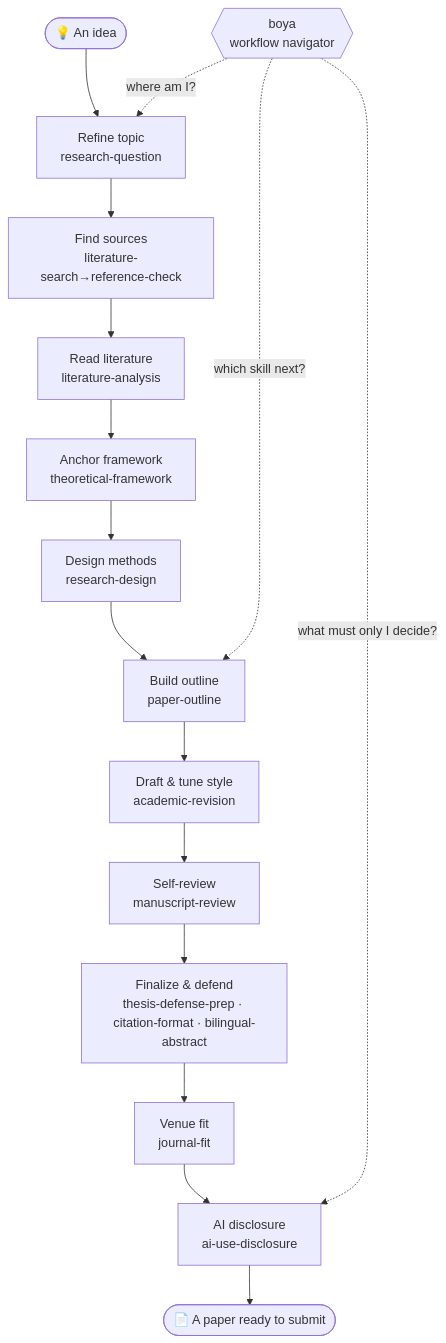
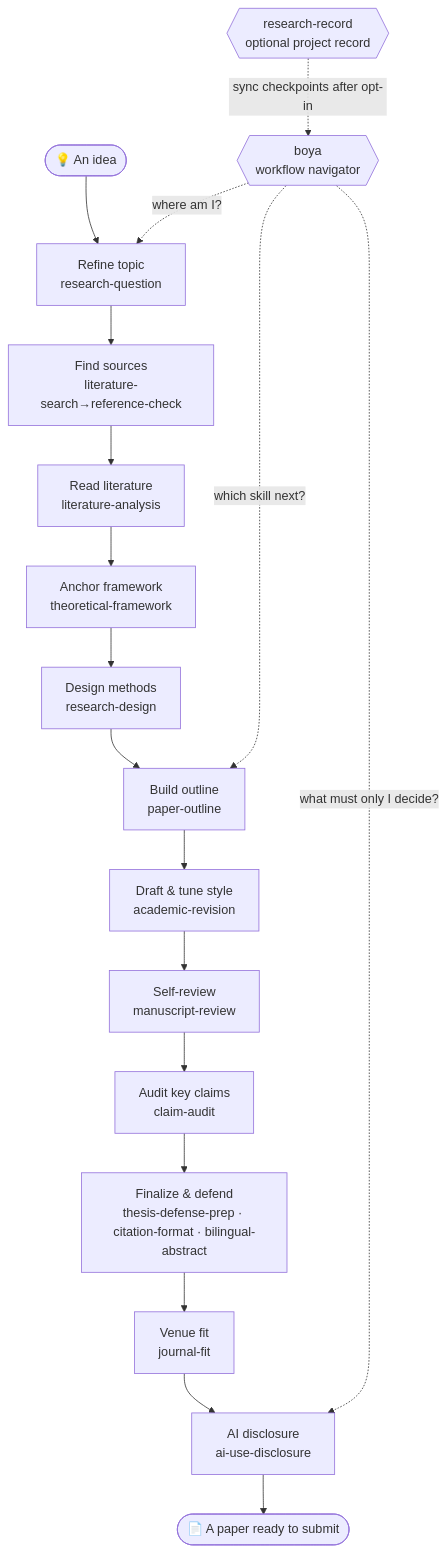
One commit to DylanChiang-Dev/BOYA-skills changed the diagram in README.en.md. Above: the diagram before and after it, drawn with Mermaid. The commit also changed other lines of this file and 2 other files, not shown here.

````diff
--- a/README.en.md
+++ b/README.en.md
@@ -59,18 +59,20 @@
 ```mermaid
 flowchart TD
     Start([💡 An idea]) --> S1[Refine topic<br/>research-question]
     S1 --> S2[Find sources<br/>literature-search→reference-check]
     S2 --> S3[Read literature<br/>literature-analysis]
     S3 --> SF[Anchor framework<br/>theoretical-framework]
     SF --> S4[Design methods<br/>research-design]
     S4 --> S5[Build outline<br/>paper-outline]
     S5 --> S6[Draft & tune style<br/>academic-revision]
     S6 --> S7[Self-review<br/>manuscript-review]
-    S7 --> S8[Finalize & defend<br/>thesis-defense-prep · citation-format · bilingual-abstract]
+    S7 --> SC[Audit key claims<br/>claim-audit]
+    SC --> S8[Finalize & defend<br/>thesis-defense-prep · citation-format · bilingual-abstract]
     S8 --> S9[Venue fit<br/>journal-fit]
     S9 --> S10[AI disclosure<br/>ai-use-disclosure]
     S10 --> End([📄 A paper ready to submit])
     RM{{boya<br/>workflow navigator}} -.where am I?.-> S1
     RM -.which skill next?.-> S5
     RM -.what must only I decide?.-> S10
+    RR{{research-record<br/>optional project record}} -.sync checkpoints after opt-in.-> RM
 ```
````
